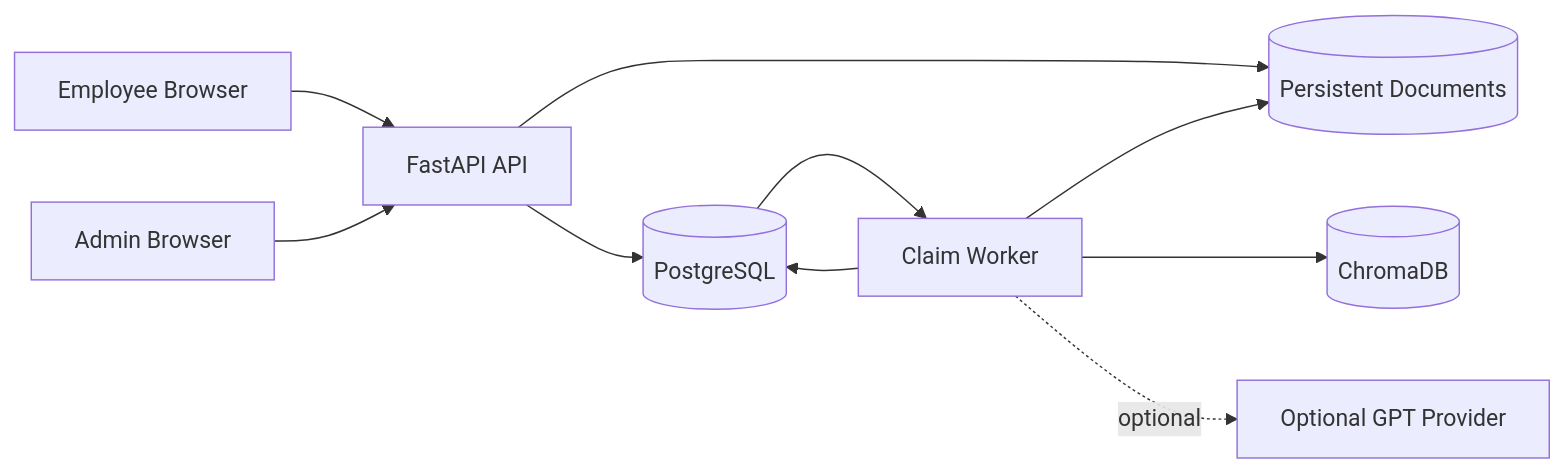
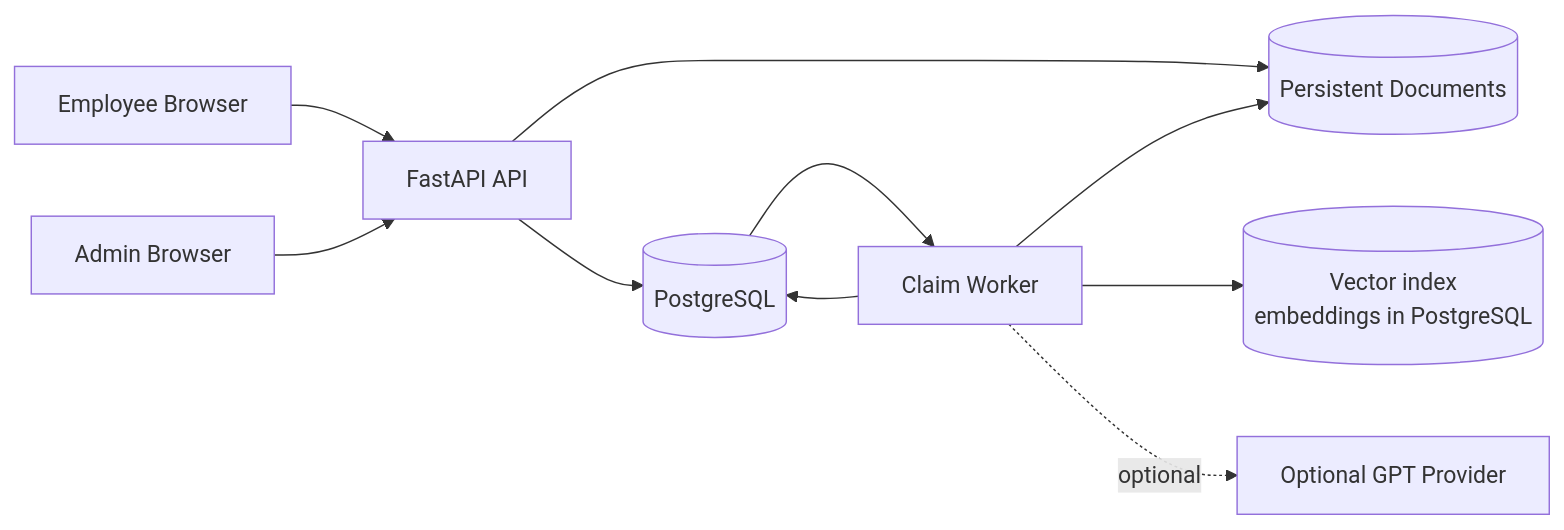
Before and after one commit to santhosh12133/medical-claim-ai: the first of 8 diagrams in docs/diagrams.md, drawn with Mermaid. The commit also changed other lines of this file and 20 other files, not shown here.

First line of the commit message:
Fix vector index missing cross-process status changes; fix llm-live job checkout order

````diff
--- a/docs/diagrams.md
+++ b/docs/diagrams.md
@@ -7,21 +7,21 @@
 ```mermaid
 flowchart LR
     Employee[Employee Browser]
     Admin[Admin Browser]
     API[FastAPI API]
     Worker[Claim Worker]
     DB[(PostgreSQL)]
-    Vector[(ChromaDB)]
+    Vector[(Vector index<br/>embeddings in PostgreSQL)]
     Files[(Persistent Documents)]
     GPT[Optional GPT Provider]
 
     Employee --> API
     Admin --> API
     API --> DB
     API --> Files
     DB --> Worker
     Worker --> Files
     Worker --> Vector
     Worker --> DB
     Worker -. optional .-> GPT
 ```
````
